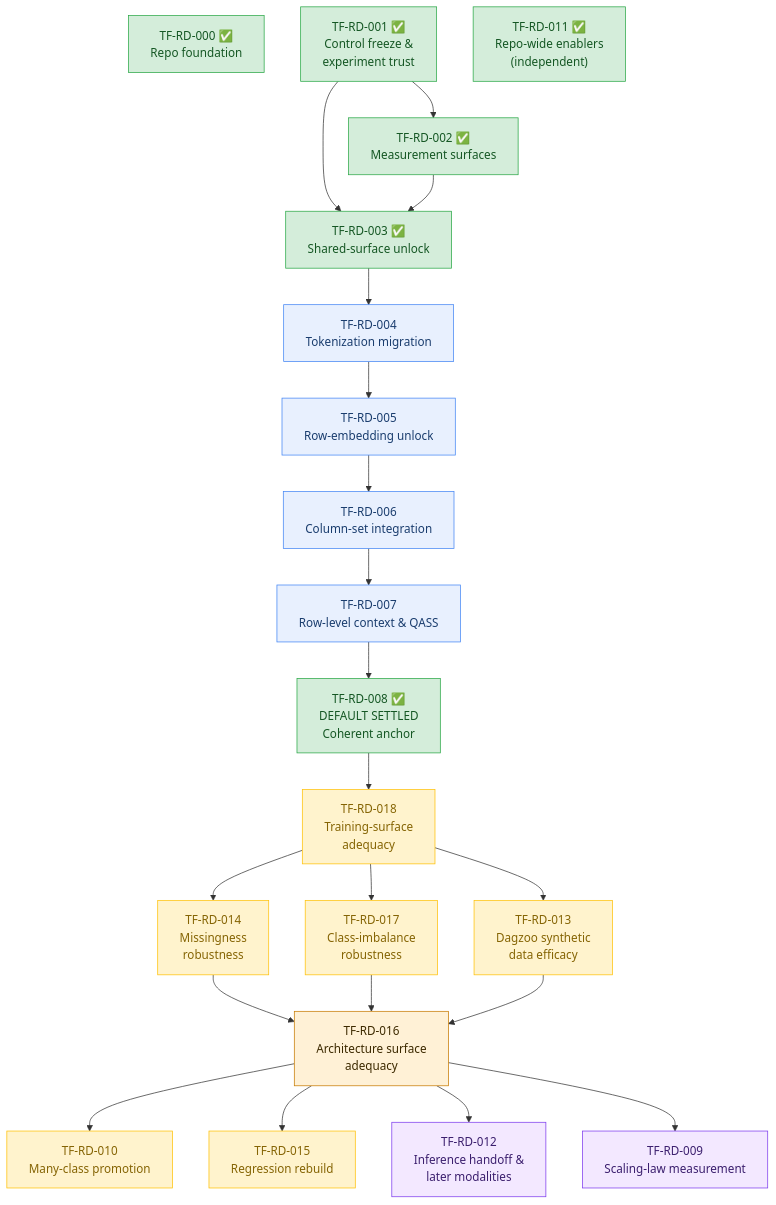
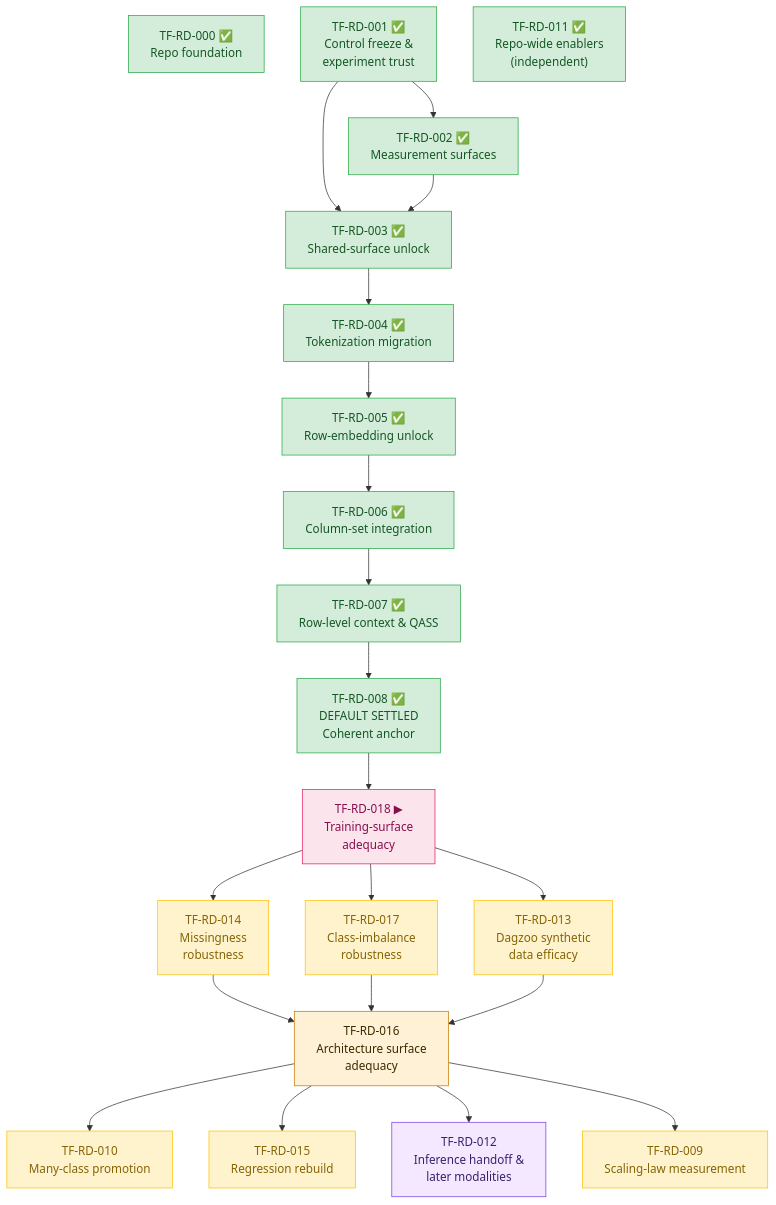
The diagram in docs/development/roadmap.md (bensonlee5/tab-foundry), drawn with Mermaid before and after one commit. The commit also changed other lines of this file and 3 other files, not shown here.

````diff
--- a/docs/development/roadmap.md
+++ b/docs/development/roadmap.md
@@ -141,56 +148,56 @@
 ```mermaid
 flowchart TD
     RD000["TF-RD-000 ✅<br/>Repo foundation"]
 
     RD001["TF-RD-001 ✅<br/>Control freeze &<br/>experiment trust"]
     RD002["TF-RD-002 ✅<br/>Measurement surfaces"]
     RD011["TF-RD-011 ✅<br/>Repo-wide enablers<br/>(independent)"]
 
     RD003["TF-RD-003 ✅<br/>Shared-surface unlock"]
-    RD004["TF-RD-004<br/>Tokenization migration"]
-    RD005["TF-RD-005<br/>Row-embedding unlock"]
-    RD006["TF-RD-006<br/>Column-set integration"]
-    RD007["TF-RD-007<br/>Row-level context & QASS"]
+    RD004["TF-RD-004 ✅<br/>Tokenization migration"]
+    RD005["TF-RD-005 ✅<br/>Row-embedding unlock"]
+    RD006["TF-RD-006 ✅<br/>Column-set integration"]
+    RD007["TF-RD-007 ✅<br/>Row-level context & QASS"]
     RD008["TF-RD-008 ✅<br/>DEFAULT SETTLED<br/>Coherent anchor"]
-    RD018["TF-RD-018<br/>Training-surface<br/>adequacy"]
+    RD018["TF-RD-018 ▶<br/>Training-surface<br/>adequacy"]
     RD014["TF-RD-014<br/>Missingness<br/>robustness"]
     RD017["TF-RD-017<br/>Class-imbalance<br/>robustness"]
     RD013["TF-RD-013<br/>Dagzoo synthetic<br/>data efficacy"]
     RD016["TF-RD-016<br/>Architecture surface<br/>adequacy"]
     RD010["TF-RD-010<br/>Many-class promotion"]
     RD015["TF-RD-015<br/>Regression rebuild"]
     RD012["TF-RD-012<br/>Inference handoff &<br/>later modalities"]
     RD009["TF-RD-009<br/>Scaling-law measurement"]
 
     RD001 --> RD002
     RD001 --> RD003
     RD002 --> RD003
     RD003 --> RD004
     RD004 --> RD005
     RD005 --> RD006
     RD006 --> RD007
     RD007 --> RD008
     RD008 --> RD018
     RD018 --> RD014
     RD018 --> RD017
     RD018 --> RD013
     RD014 --> RD016
     RD017 --> RD016
     RD013 --> RD016
     RD016 --> RD010
     RD016 --> RD015
     RD016 --> RD012
     RD016 --> RD009
 
     classDef done fill:#d4edda,stroke:#28a745,color:#155724;
     classDef readyNow fill:#fff3cd,stroke:#ffc107,color:#856404;
-    classDef chain fill:#e8f0fe,stroke:#4285f4,color:#1a3d6e;
+    classDef now fill:#fce4ec,stroke:#e91e63,color:#880e4f;
     classDef gate fill:#fff1d6,stroke:#c67a00,color:#3d2a00;
     classDef later fill:#f3e8ff,stroke:#7c3aed,color:#3b1f6e;
 
-    class RD000,RD001,RD002,RD003,RD008,RD011 done;
-    class RD004,RD005,RD006,RD007 chain;
-    class RD013,RD014,RD017,RD018,RD010,RD015 readyNow;
+    class RD000,RD001,RD002,RD003,RD004,RD005,RD006,RD007,RD008,RD011 done;
+    class RD009,RD013,RD014,RD017,RD010,RD015 readyNow;
+    class RD018 now;
     class RD016 gate;
-    class RD009,RD012 later;
+    class RD012 later;
 ```
````
